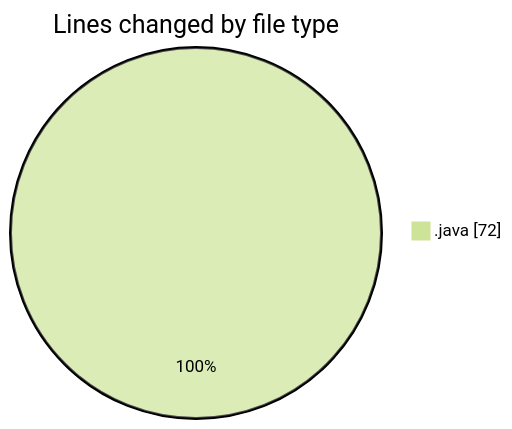
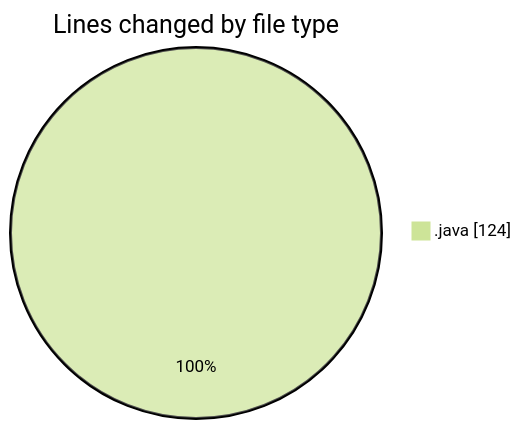
One commit to donsfak/code-tracking changed the first of 2 diagrams in 2025-10-04/projet_rmi/README.md. Above: the diagram before and after it, drawn with Mermaid (forest theme). The commit also changed other lines of this file and 1 other file, not shown here.

````diff
--- a/2025-10-04/projet_rmi/README.md
+++ b/2025-10-04/projet_rmi/README.md
@@ -22,5 +22,5 @@
 ```mermaid
 pie showData
 title Lines changed by file type
-".java" : 72
+".java" : 124
 ```
````
